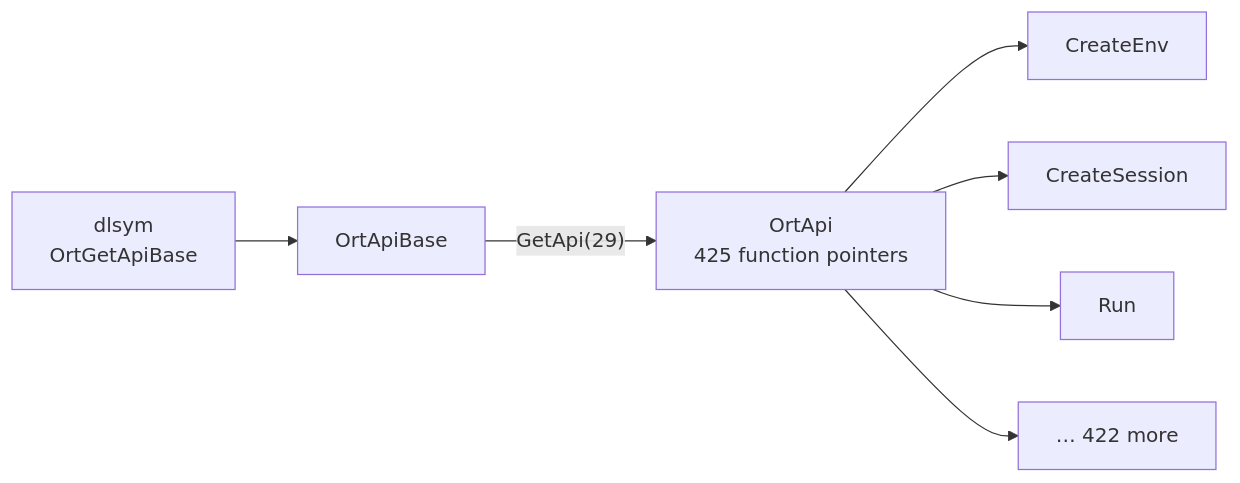
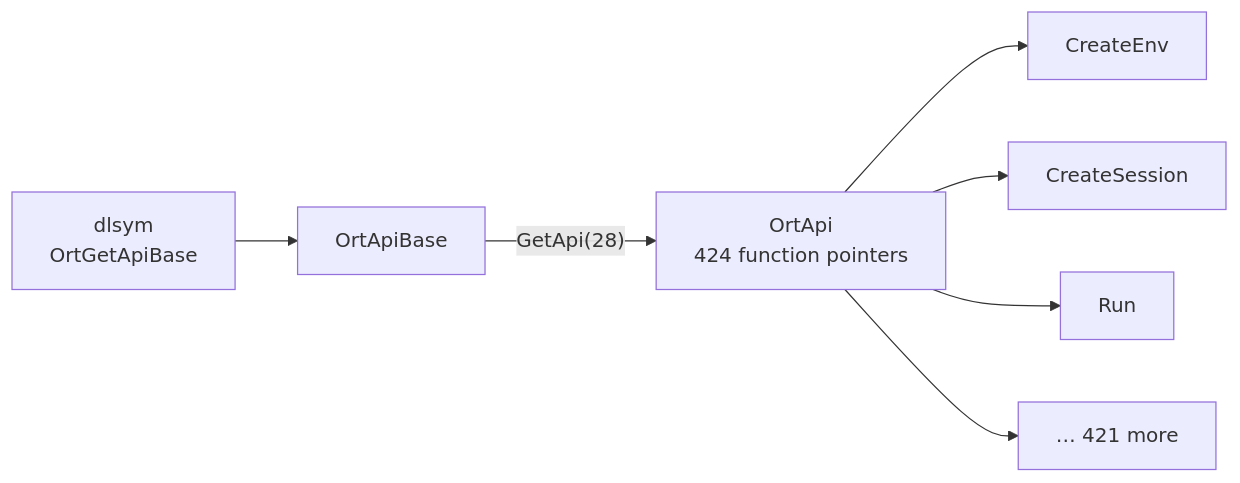
One commit to PratikBarhate/hushar changed the tenth of 18 diagrams in documentation/bindgen.md. Above: the diagram before and after it, drawn with Mermaid. The commit also changed other lines of this file and 3548 other files, not shown here.

````diff
--- a/documentation/bindgen.md
+++ b/documentation/bindgen.md
@@ -274,9 +281,9 @@
 ```mermaid
 flowchart LR
     D["dlsym<br/>OrtGetApiBase"] --> B["OrtApiBase"]
-    B -->|"GetApi(29)"| T["OrtApi<br/>425 function pointers"]
+    B -->|"GetApi(28)"| T["OrtApi<br/>424 function pointers"]
     T --> F1["CreateEnv"]
     T --> F2["CreateSession"]
     T --> F3["Run"]
-    T --> F4["… 422 more"]
+    T --> F4["… 421 more"]
 ```
````
